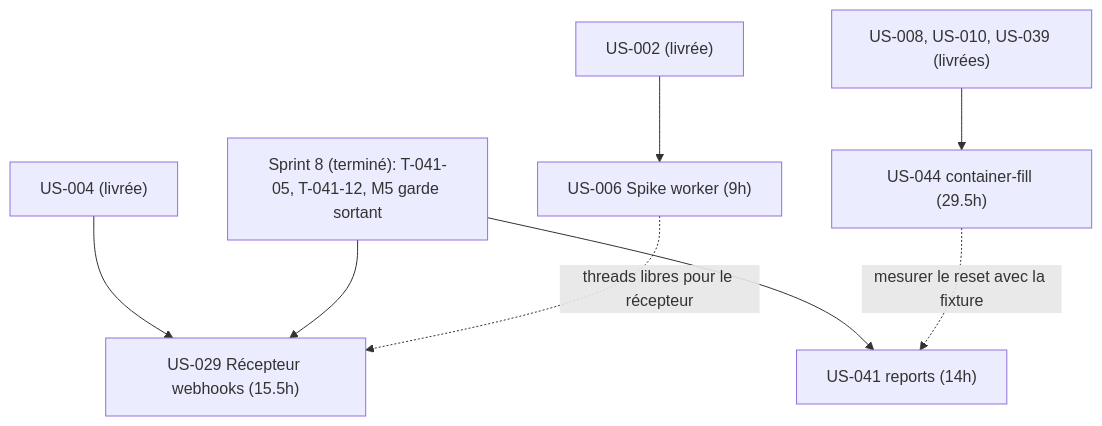
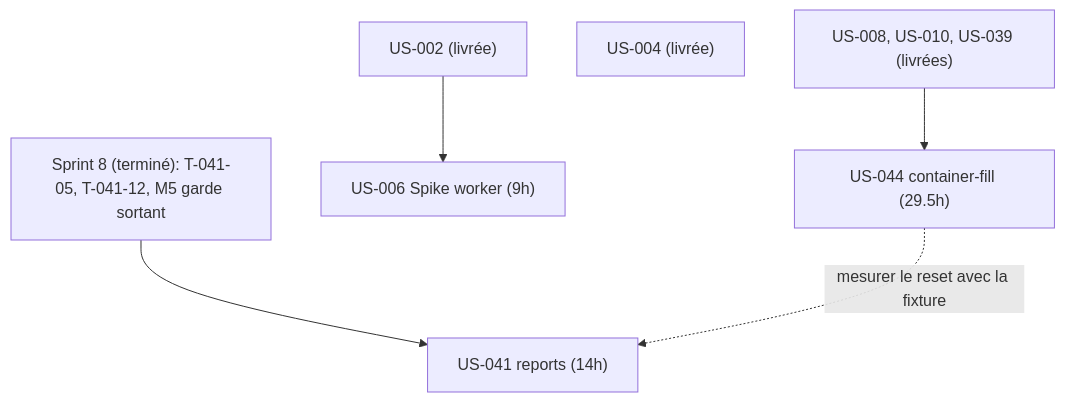
Before and after one commit to thibmonier/sylius-b2b-demo: the first of 2 diagrams in project-management/sprints/sprint-9-reports/sprint-dependencies.md, drawn with Mermaid. The commit also changed other lines of this file and 2 other files, not shown here.

````diff
--- a/project-management/sprints/sprint-9-reports/sprint-dependencies.md
+++ b/project-management/sprints/sprint-9-reports/sprint-dependencies.md
@@ -7,18 +7,14 @@
 ```mermaid
 graph TD
     S8["Sprint 8 (terminé): T-041-05, T-041-12, M5 garde sortant"]
     US002["US-002 (livrée)"]
     US004["US-004 (livrée)"]
     US008["US-008, US-010, US-039 (livrées)"]
     US006["US-006 Spike worker (9h)"]
-    US029["US-029 Récepteur webhooks (15.5h)"]
     US044["US-044 container-fill (29.5h)"]
     US041["US-041 reports (14h)"]
     US002 --> US006
-    US004 --> US029
     US008 --> US044
-    S8 --> US029
     S8 --> US041
-    US006 -.->|"threads libres pour le récepteur"| US029
     US044 -.->|"mesurer le reset avec la fixture"| US041
 ```
````
